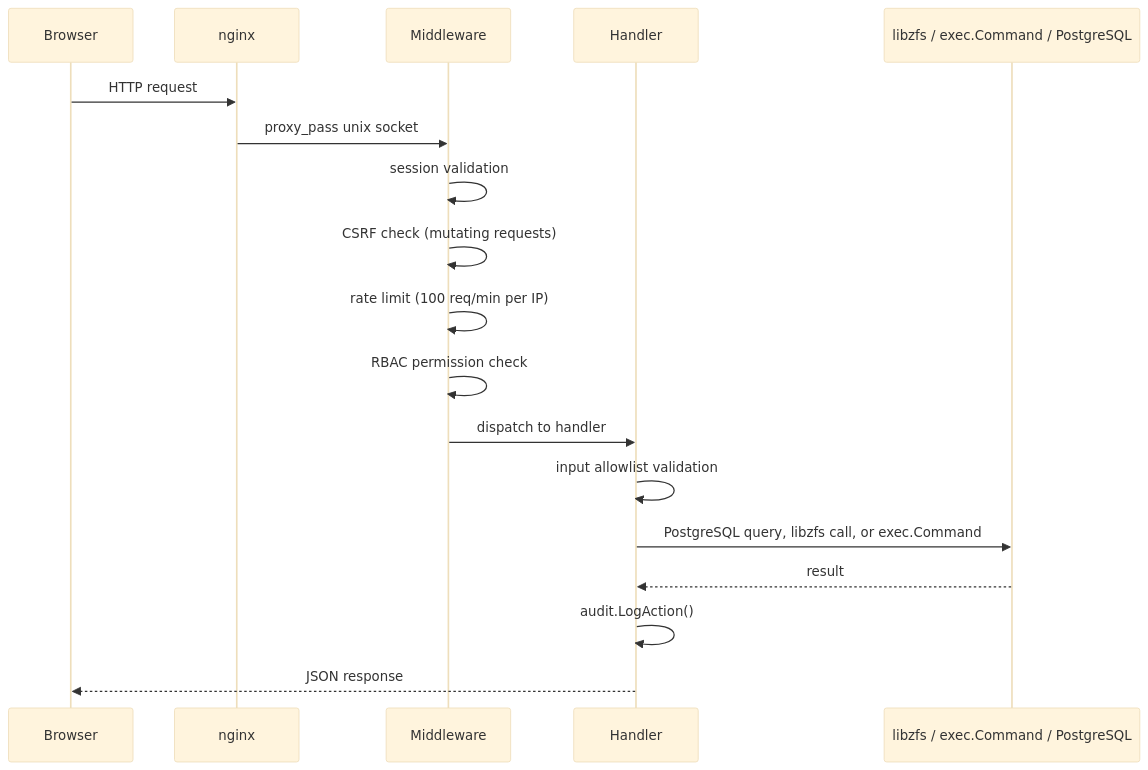
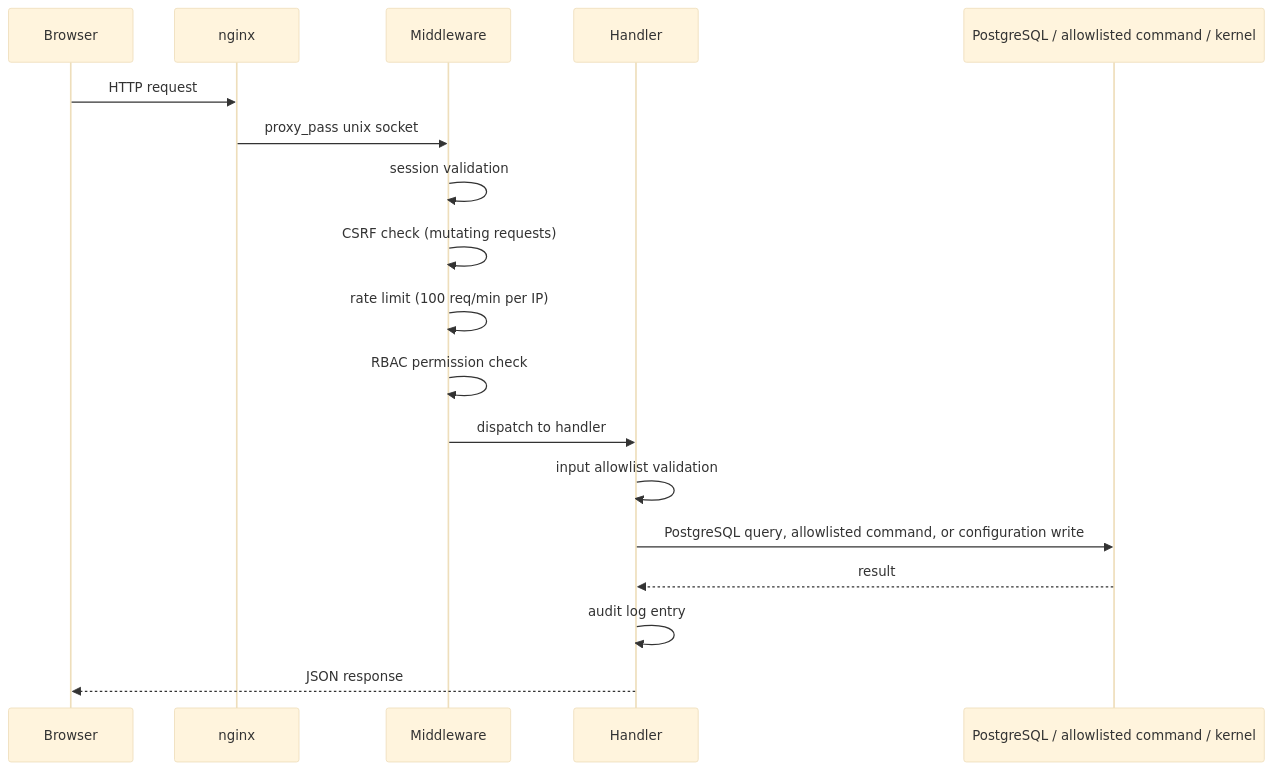
One commit to 4nonX/DPlaneOS changed the third of 7 diagrams in docs/development/CODEBASE-DIAGRAM.md. Above: the diagram before and after it, drawn with Mermaid. The commit also changed other lines of this file and 7 other files, not shown here.

First line of the commit message:
Tests under the race detector; docs: dependencies, hardware, diagrams

````diff
--- a/docs/development/CODEBASE-DIAGRAM.md
+++ b/docs/development/CODEBASE-DIAGRAM.md
@@ -99,22 +124,22 @@
 ```mermaid
 %%{init: {'theme':'base'}}%%
 sequenceDiagram
     participant B as Browser
     participant N as nginx
     participant M as Middleware
     participant H as Handler
-    participant C as libzfs / exec.Command / PostgreSQL
+    participant C as PostgreSQL / allowlisted command / kernel
 
     B->>N: HTTP request
     N->>M: proxy_pass unix socket
     M->>M: session validation
     M->>M: CSRF check (mutating requests)
     M->>M: rate limit (100 req/min per IP)
     M->>M: RBAC permission check
     M->>H: dispatch to handler
     H->>H: input allowlist validation
-    H->>C: PostgreSQL query, libzfs call, or exec.Command
+    H->>C: PostgreSQL query, allowlisted command, or configuration write
     C-->>H: result
-    H->>H: audit.LogAction()
+    H->>H: audit log entry
     H-->>B: JSON response
 ```
````
